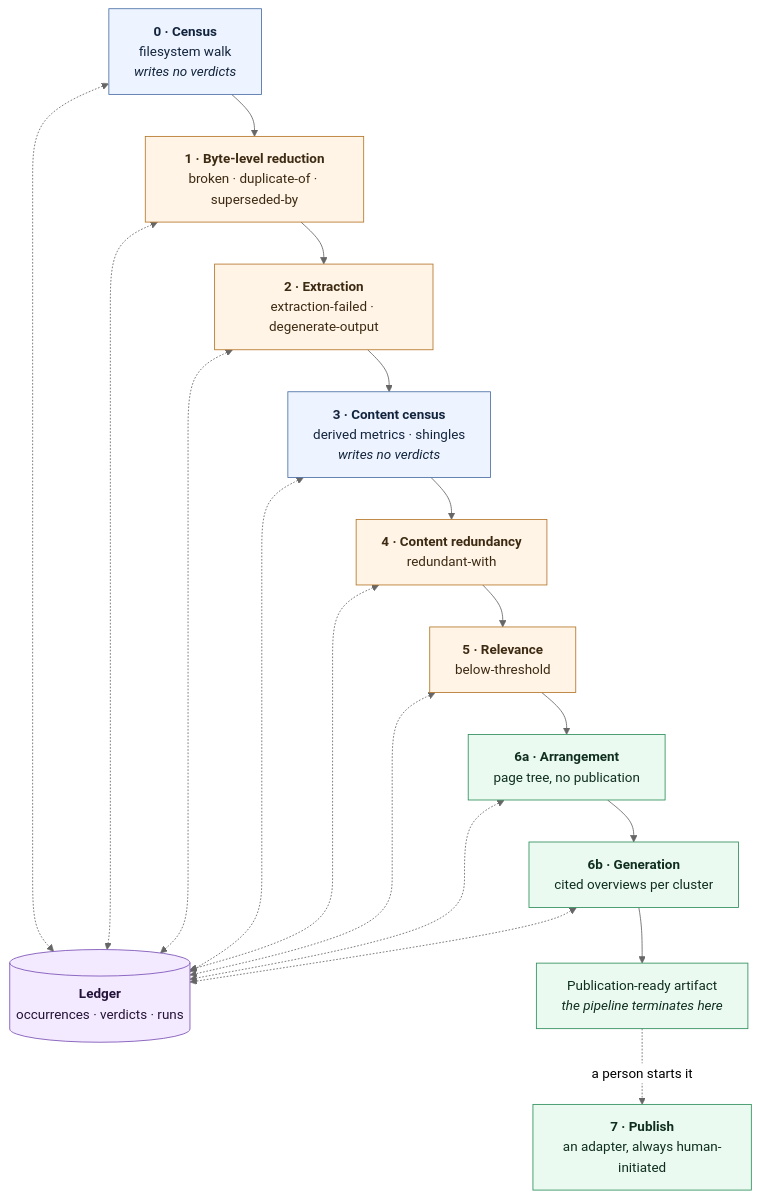
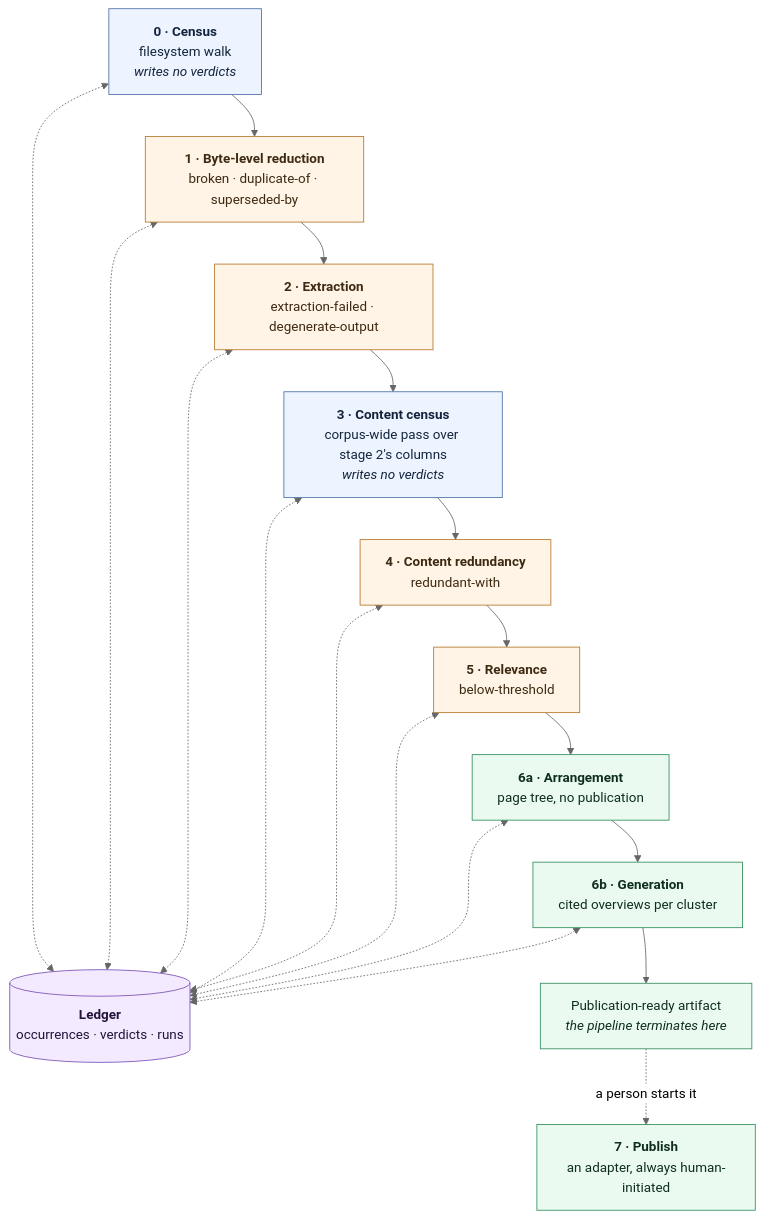
One commit to algernon28/vespera changed the first of 6 diagrams in docs/architecture.md. Above: the diagram before and after it, drawn with Mermaid (neutral theme). The commit also changed other lines of this file and 42 other files, not shown here.

````diff
--- a/docs/architecture.md
+++ b/docs/architecture.md
@@ -36,35 +36,35 @@
 ```mermaid
 flowchart TD
     S0["<b>0 · Census</b><br/>filesystem walk<br/><i>writes no verdicts</i>"]
     S1["<b>1 · Byte-level reduction</b><br/>broken · duplicate-of · superseded-by"]
     S2["<b>2 · Extraction</b><br/>extraction-failed · degenerate-output"]
-    S3["<b>3 · Content census</b><br/>derived metrics · shingles<br/><i>writes no verdicts</i>"]
+    S3["<b>3 · Content census</b><br/>corpus-wide pass over stage 2's columns<br/><i>writes no verdicts</i>"]
     S4["<b>4 · Content redundancy</b><br/>redundant-with"]
     S5["<b>5 · Relevance</b><br/>below-threshold"]
     S6A["<b>6a · Arrangement</b><br/>page tree, no publication"]
     S6B["<b>6b · Generation</b><br/>cited overviews per cluster"]
     S7["<b>7 · Publish</b><br/>an adapter, always human-initiated"]
     LEDGER[("<b>Ledger</b><br/>occurrences · verdicts · runs")]
     ART["Publication-ready artifact<br/><i>the pipeline terminates here</i>"]
 
     S0 --> S1 --> S2 --> S3 --> S4 --> S5 --> S6A --> S6B --> ART
     ART -. "a person starts it" .-> S7
 
     S0 <-.-> LEDGER
     S1 <-.-> LEDGER
     S2 <-.-> LEDGER
     S3 <-.-> LEDGER
     S4 <-.-> LEDGER
     S5 <-.-> LEDGER
     S6A <-.-> LEDGER
     S6B <-.-> LEDGER
 
     classDef measure fill:#eef4ff,stroke:#4a6fa5,color:#12243d
     classDef judge fill:#fff4e6,stroke:#b5762a,color:#3d2a12
     classDef out fill:#eafaf1,stroke:#2f8f5b,color:#0f2e1e
     classDef store fill:#f3eaff,stroke:#7a4fb5,color:#241238
     class S0,S3 measure
     class S1,S2,S4,S5 judge
     class S6A,S6B,S7,ART out
     class LEDGER store
 ```
````
